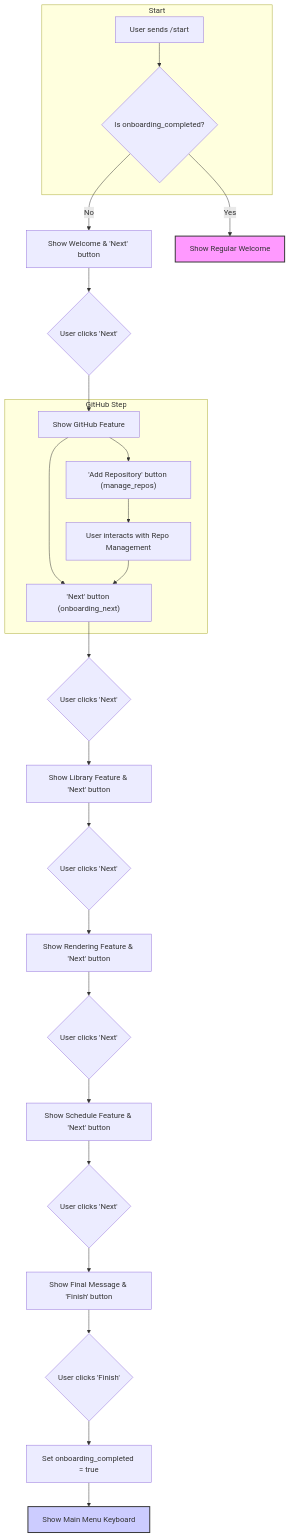
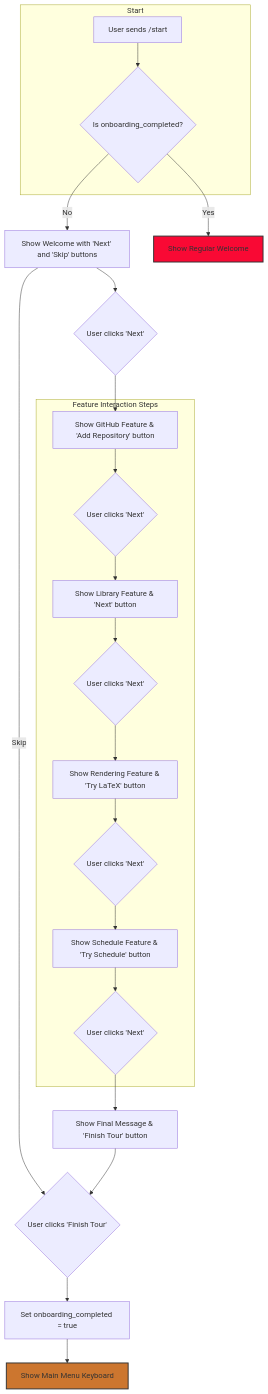
Before and after one commit to Ackrome/matplobbot: the first of 2 diagrams in README.md, drawn with Mermaid. The commit also changed other lines of this file and 2 other files, not shown here.

Commit message:
rectangles added to types

````diff
--- a/README.md
+++ b/README.md
@@ -275,34 +277,31 @@
 ```mermaid
 graph TD;
     subgraph "Start"
         A[User sends /start] --> B{Is onboarding_completed?};
     end
 
-    B -- No --> C[Show Welcome & 'Next' button];
+    B -- No --> C[Show Welcome with 'Next' and 'Skip' buttons];
     B -- Yes --> Z[Show Regular Welcome];
+    C --> D{User clicks 'Next'};
+    C -- Skip --> Q[Set onboarding_completed = true];
 
-    C --> D{User clicks 'Next'};
-    D --> E[Show GitHub Feature];
-
-    subgraph "GitHub Step"
-        E --> F["'Add Repository' button (manage_repos)"];
-        E --> H["'Next' button (onboarding_next)"];
-        F --> G[User interacts with Repo Management];
-        G --> H;
+    D --> E[Show GitHub Feature & 'Add Repository' button];
+    
+    subgraph "Feature Interaction Steps"
+        E --> I{User clicks 'Next'};
+        I --> J[Show Library Feature & 'Next' button];
+        J --> K{User clicks 'Next'};
+        K --> L[Show Rendering Feature & 'Try LaTeX' button];
+        L --> M{User clicks 'Next'};
+        M --> N[Show Schedule Feature & 'Try Schedule' button];
+        N --> O{User clicks 'Next'};
     end
 
-    H --> I{User clicks 'Next'};
-    I --> J[Show Library Feature & 'Next' button];
-    J --> K{User clicks 'Next'};
-    K --> L[Show Rendering Feature & 'Next' button];
-    L --> M{User clicks 'Next'};
-    M --> N[Show Schedule Feature & 'Next' button];
-    N --> O{User clicks 'Next'};
-    O --> P[Show Final Message & 'Finish' button];
-    P --> Q{User clicks 'Finish'};
+    O --> P[Show Final Message & 'Finish Tour' button];
+    P --> Q{User clicks 'Finish Tour'};
     Q --> R[Set onboarding_completed = true];
     R --> S[Show Main Menu Keyboard];
 
-    style Z fill:#f9f,stroke:#333,stroke-width:2px;
-    style S fill:#ccf,stroke:#333,stroke-width:2px;
+    style Z fill:#f90934,stroke:#333,stroke-width:2px
+    style S fill:#cc762f,stroke:#333,stroke-width:2px
 ```
````
